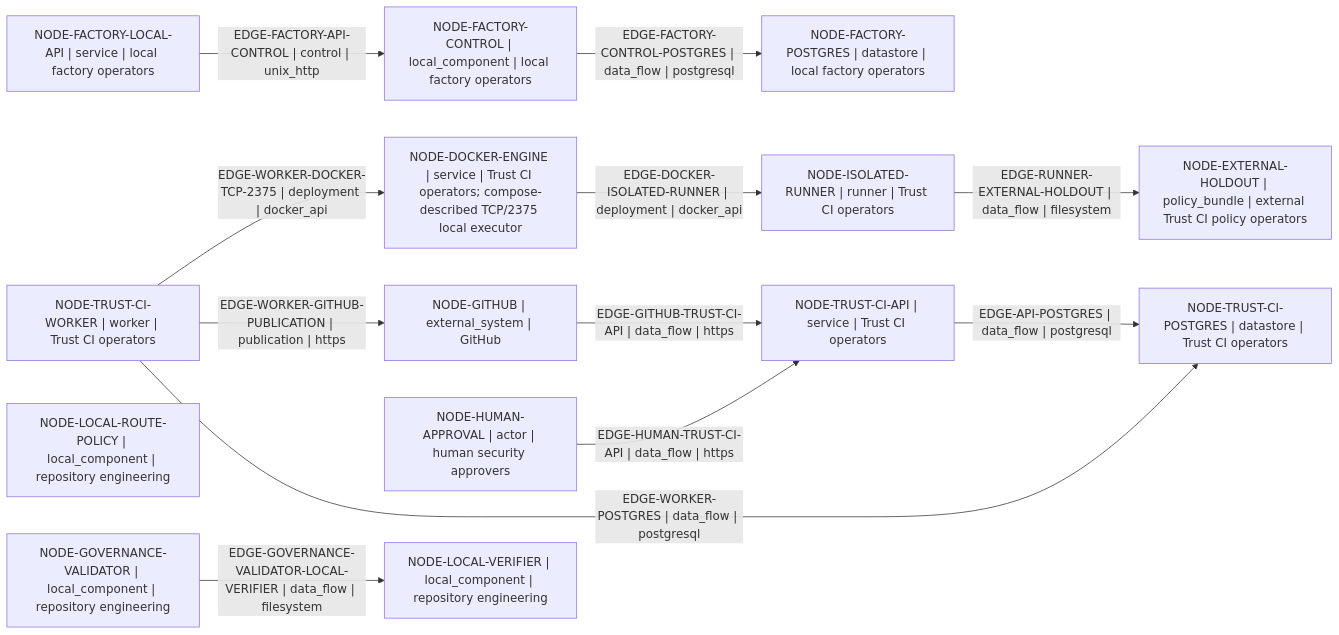
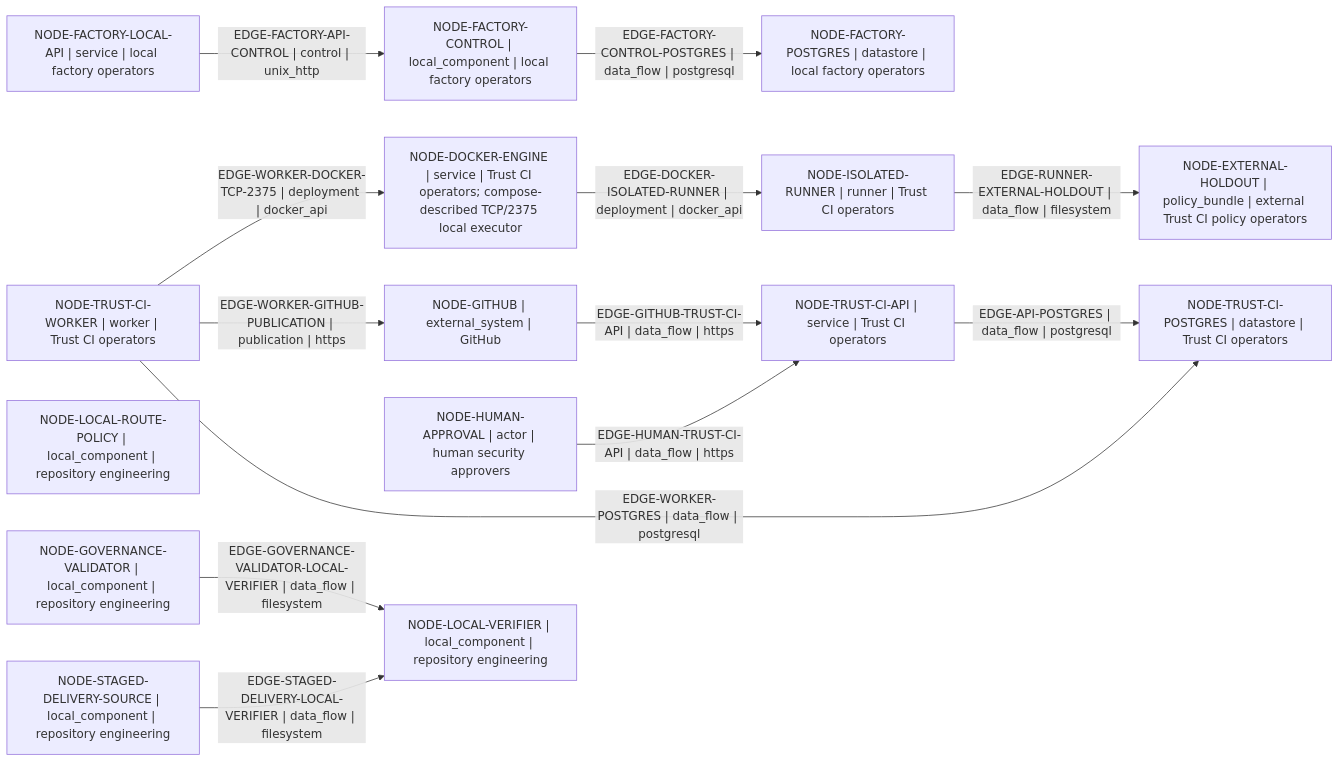
The diagram in architecture/generated/deployment.mmd (Dimkox/adaptive-grok-build-pro), drawn with Mermaid before and after one commit. The commit also changed 29 other files, not shown here.

```diff
--- a/architecture/generated/deployment.mmd
+++ b/architecture/generated/deployment.mmd
@@ -1,26 +1,28 @@
 flowchart LR
   node_4e78270f61d78ed8["NODE-DOCKER-ENGINE | service | Trust CI operators; compose-described TCP/2375 local executor"]
   node_0a0fe2f046a648e9["NODE-EXTERNAL-HOLDOUT | policy_bundle | external Trust CI policy operators"]
   node_a6c166e55f8e1784["NODE-FACTORY-CONTROL | local_component | local factory operators"]
   node_93915052ae8a2e67["NODE-FACTORY-LOCAL-API | service | local factory operators"]
   node_a77de286f8308fd4["NODE-FACTORY-POSTGRES | datastore | local factory operators"]
   node_8b8a8cd21b180532["NODE-GITHUB | external_system | GitHub"]
   node_23677f8757246623["NODE-GOVERNANCE-VALIDATOR | local_component | repository engineering"]
   node_e4e37173e410ad23["NODE-HUMAN-APPROVAL | actor | human security approvers"]
   node_1c3a10ba26a8e80d["NODE-ISOLATED-RUNNER | runner | Trust CI operators"]
   node_770cf3a1783e8525["NODE-LOCAL-ROUTE-POLICY | local_component | repository engineering"]
   node_23bed8fcbfc79861["NODE-LOCAL-VERIFIER | local_component | repository engineering"]
+  node_e1da543fa66b0086["NODE-STAGED-DELIVERY-SOURCE | local_component | repository engineering"]
   node_d0e570b2fbe52f98["NODE-TRUST-CI-API | service | Trust CI operators"]
   node_1a6c7efb2d08591b["NODE-TRUST-CI-POSTGRES | datastore | Trust CI operators"]
   node_070dda93443dcc1f["NODE-TRUST-CI-WORKER | worker | Trust CI operators"]
   node_d0e570b2fbe52f98 -->|"EDGE-API-POSTGRES | data_flow | postgresql"| node_1a6c7efb2d08591b
   node_4e78270f61d78ed8 -->|"EDGE-DOCKER-ISOLATED-RUNNER | deployment | docker_api"| node_1c3a10ba26a8e80d
   node_93915052ae8a2e67 -->|"EDGE-FACTORY-API-CONTROL | control | unix_http"| node_a6c166e55f8e1784
   node_a6c166e55f8e1784 -->|"EDGE-FACTORY-CONTROL-POSTGRES | data_flow | postgresql"| node_a77de286f8308fd4
   node_8b8a8cd21b180532 -->|"EDGE-GITHUB-TRUST-CI-API | data_flow | https"| node_d0e570b2fbe52f98
   node_23677f8757246623 -->|"EDGE-GOVERNANCE-VALIDATOR-LOCAL-VERIFIER | data_flow | filesystem"| node_23bed8fcbfc79861
   node_e4e37173e410ad23 -->|"EDGE-HUMAN-TRUST-CI-API | data_flow | https"| node_d0e570b2fbe52f98
   node_1c3a10ba26a8e80d -->|"EDGE-RUNNER-EXTERNAL-HOLDOUT | data_flow | filesystem"| node_0a0fe2f046a648e9
+  node_e1da543fa66b0086 -->|"EDGE-STAGED-DELIVERY-LOCAL-VERIFIER | data_flow | filesystem"| node_23bed8fcbfc79861
   node_070dda93443dcc1f -->|"EDGE-WORKER-DOCKER-TCP-2375 | deployment | docker_api"| node_4e78270f61d78ed8
   node_070dda93443dcc1f -->|"EDGE-WORKER-GITHUB-PUBLICATION | publication | https"| node_8b8a8cd21b180532
   node_070dda93443dcc1f -->|"EDGE-WORKER-POSTGRES | data_flow | postgresql"| node_1a6c7efb2d08591b
```
